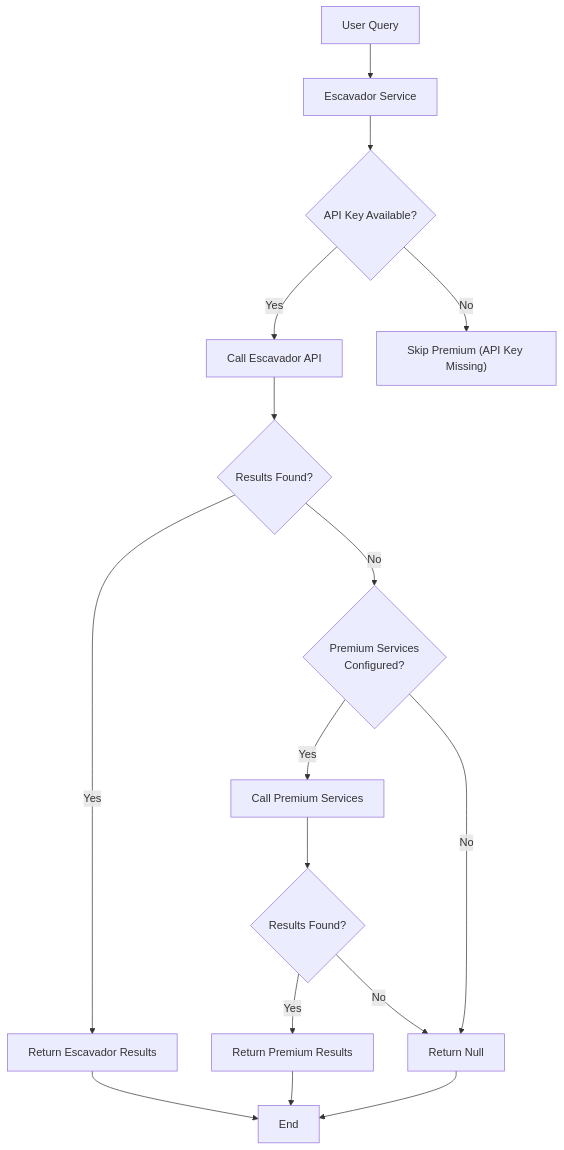
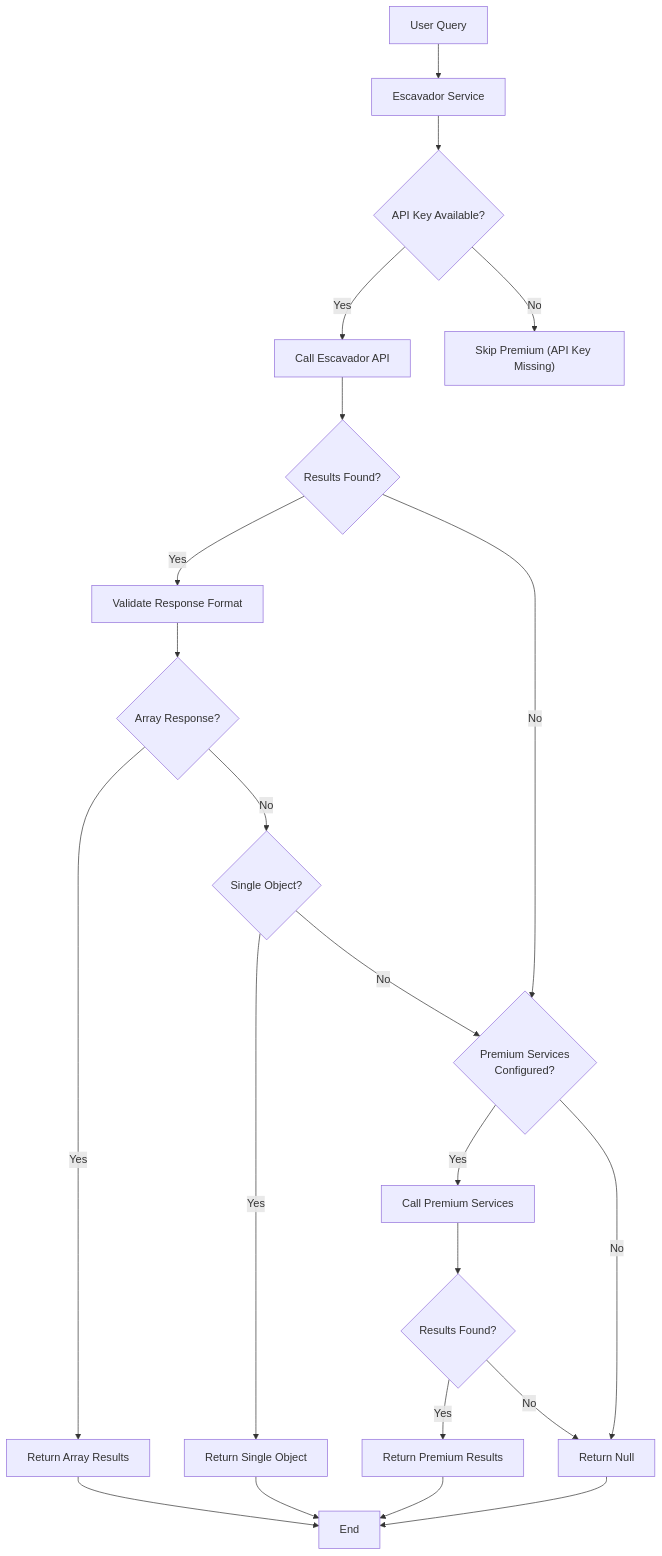
Before and after one commit to Alexandrexicara/bot-processos: the eighth of 13 diagrams in .qoder/repowiki/en/content/API Integration Layer/API Integration Layer.md, drawn with Mermaid. The commit also changed other lines of this file and 5 other files, not shown here.

````diff
--- a/.qoder/repowiki/en/content/API Integration Layer/API Integration Layer.md
+++ b/.qoder/repowiki/en/content/API Integration Layer/API Integration Layer.md
@@ -443,18 +490,24 @@
 ```mermaid
 flowchart TD
 Query["User Query"] --> Escavador["Escavador Service"]
 Escavador --> EscavadorCheck{"API Key Available?"}
 EscavadorCheck --> |Yes| EscavadorCall["Call Escavador API"]
 EscavadorCheck --> |No| PremiumSkip["Skip Premium (API Key Missing)"]
 EscavadorCall --> EscavadorSuccess{"Results Found?"}
-EscavadorSuccess --> |Yes| ReturnEscavador["Return Escavador Results"]
-EscavadorSuccess --> |No| PremiumCheck{"Premium Services<br/>Configured?"}
+EscavadorSuccess --> |Yes| ResponseValidation["Validate Response Format"]
+ResponseValidation --> ArrayResponse{"Array Response?"}
+ArrayResponse --> |Yes| ReturnArray["Return Array Results"]
+ArrayResponse --> |No| SingleResponse{"Single Object?"}
+SingleResponse --> |Yes| ReturnSingle["Return Single Object"]
+SingleResponse --> |No| PremiumCheck{"Premium Services<br/>Configured?"}
+EscavadorSuccess --> |No| PremiumCheck
 PremiumCheck --> |Yes| PremiumCall["Call Premium Services"]
 PremiumCheck --> |No| ReturnNull["Return Null"]
 PremiumCall --> PremiumSuccess{"Results Found?"}
 PremiumSuccess --> |Yes| ReturnPremium["Return Premium Results"]
 PremiumSuccess --> |No| ReturnNull
-ReturnEscavador --> End["End"]
+ReturnArray --> End["End"]
+ReturnSingle --> End
 ReturnPremium --> End
 ReturnNull --> End
 ```
````
